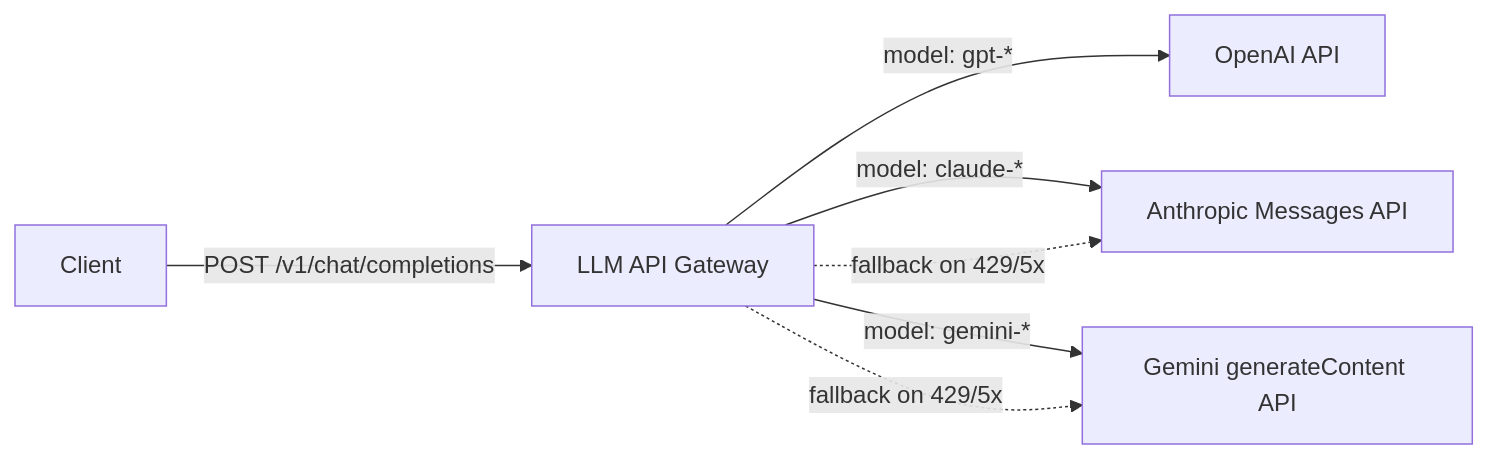
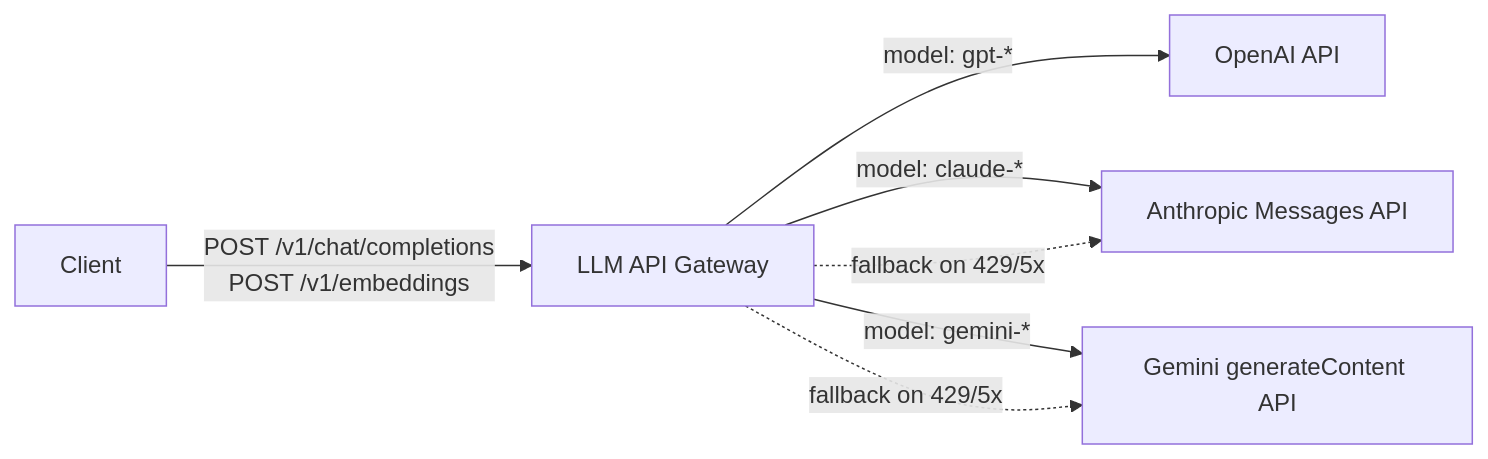
Before and after one commit to Francisco-cor/LLM-API-Gateway: the diagram in README.md, drawn with Mermaid. The commit also changed other lines of this file and 6 other files, not shown here.

Commit message:
feat(api): add POST /v1/embeddings (OpenAI → Gemini) + provider auto-discovery + SetModels

````diff
--- a/README.md
+++ b/README.md
@@ -8,9 +8,9 @@
 ```mermaid
 flowchart LR
-    Client -->|POST /v1/chat/completions| Gateway[LLM API Gateway]
+    Client -->|POST /v1/chat/completions<br>POST /v1/embeddings| Gateway[LLM API Gateway]
     Gateway -->|model: gpt-*| OpenAI[OpenAI API]
     Gateway -->|model: claude-*| Anthropic[Anthropic Messages API]
     Gateway -->|model: gemini-*| Gemini[Gemini generateContent API]
     Gateway -.fallback on 429/5xx.-> Anthropic
     Gateway -.fallback on 429/5xx.-> Gemini
 ```
````
